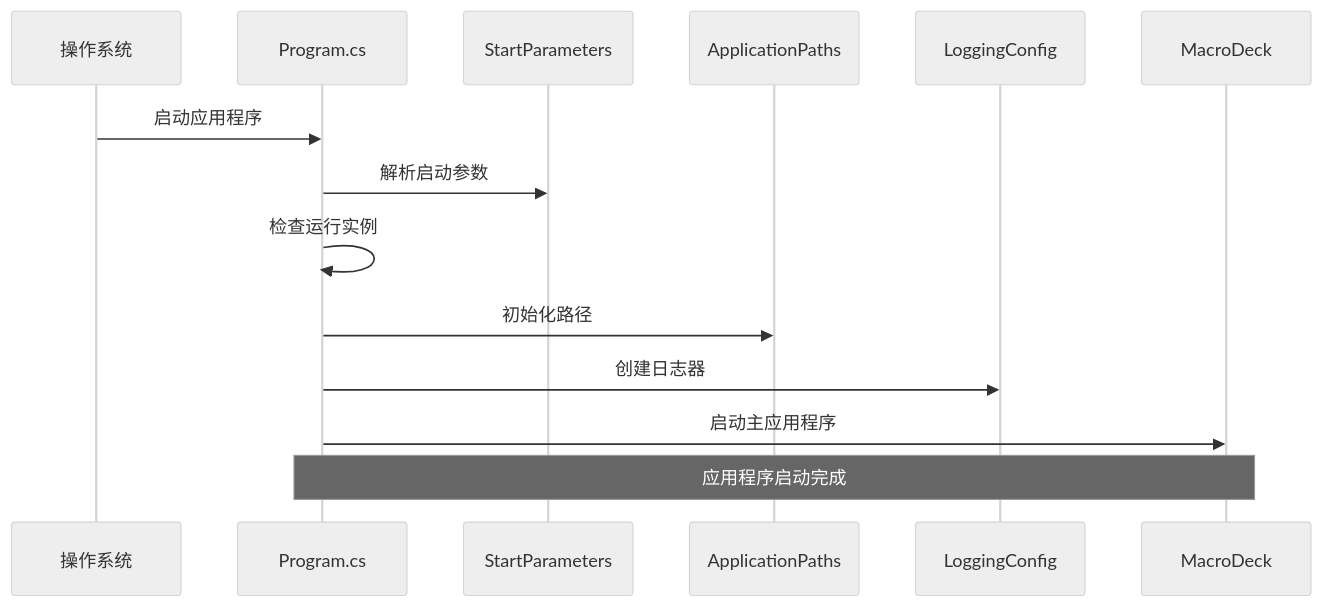
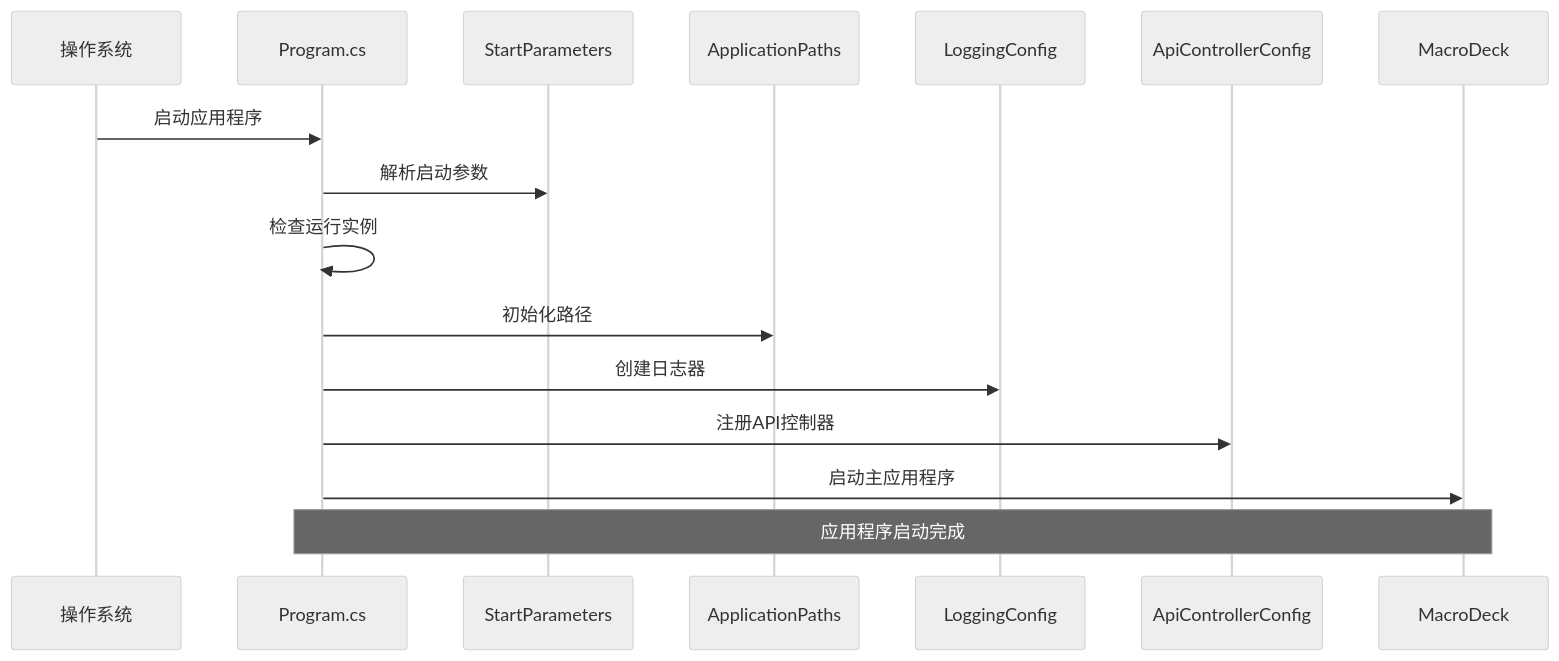
The second of 9 diagrams in .qoder/repowiki/zh/content/配置管理系统/启动配置管理.md (tea4go/Macro-Deck), drawn with Mermaid (neutral theme) before and after one commit. The commit also changed other lines of this file and 5 other files, not shown here.

````diff
--- a/.qoder/repowiki/zh/content/配置管理系统/启动配置管理.md
+++ b/.qoder/repowiki/zh/content/配置管理系统/启动配置管理.md
@@ -103,16 +119,18 @@
 ```mermaid
 sequenceDiagram
 participant OS as 操作系统
 participant Program as Program.cs
 participant Params as StartParameters
 participant Paths as ApplicationPaths
 participant Logger as LoggingConfig
+participant Api as ApiControllerConfig
 participant App as MacroDeck
 OS->>Program : 启动应用程序
 Program->>Params : 解析启动参数
 Program->>Program : 检查运行实例
 Program->>Paths : 初始化路径
 Program->>Logger : 创建日志器
+Program->>Api : 注册API控制器
 Program->>App : 启动主应用程序
 Note over Program,App : 应用程序启动完成
 ```
````
